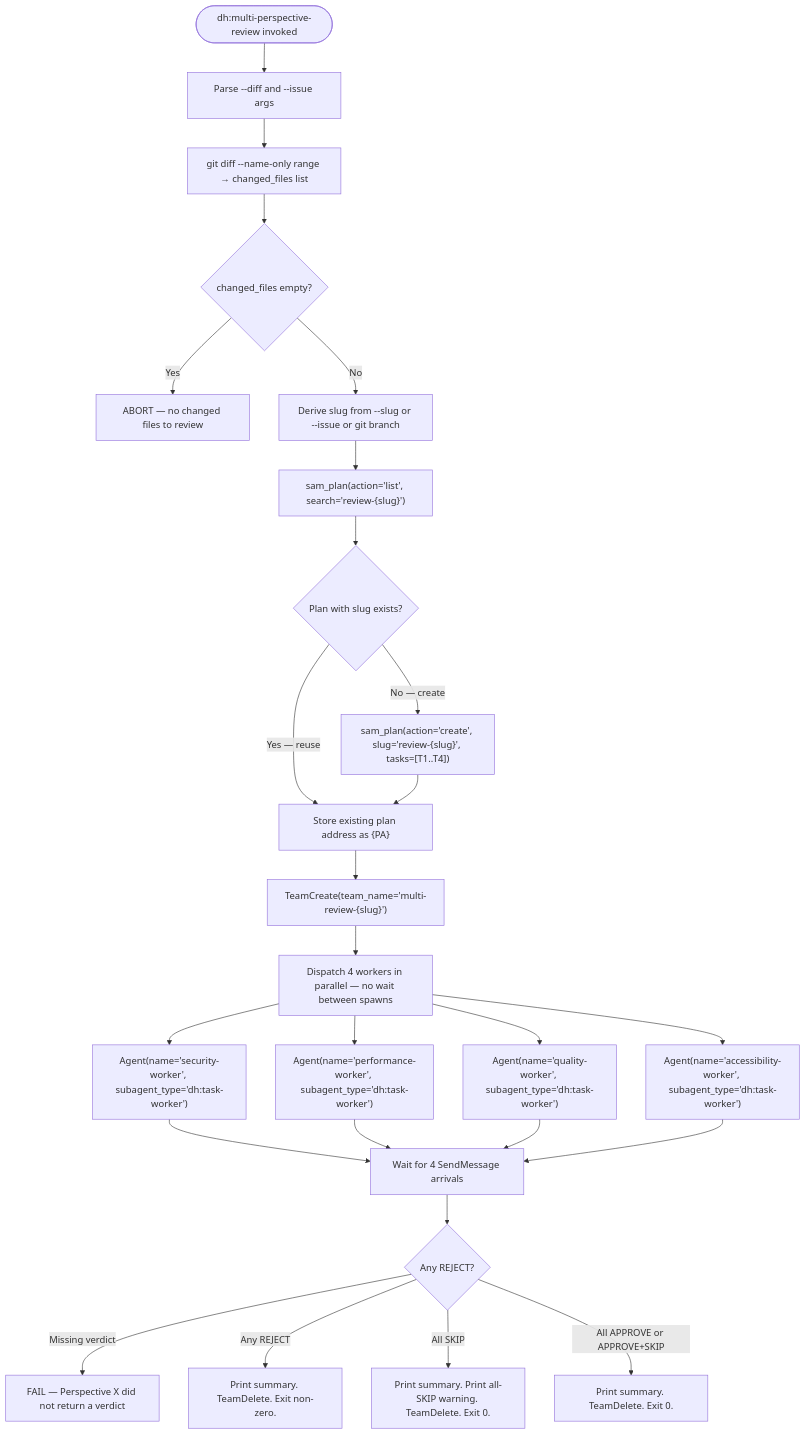
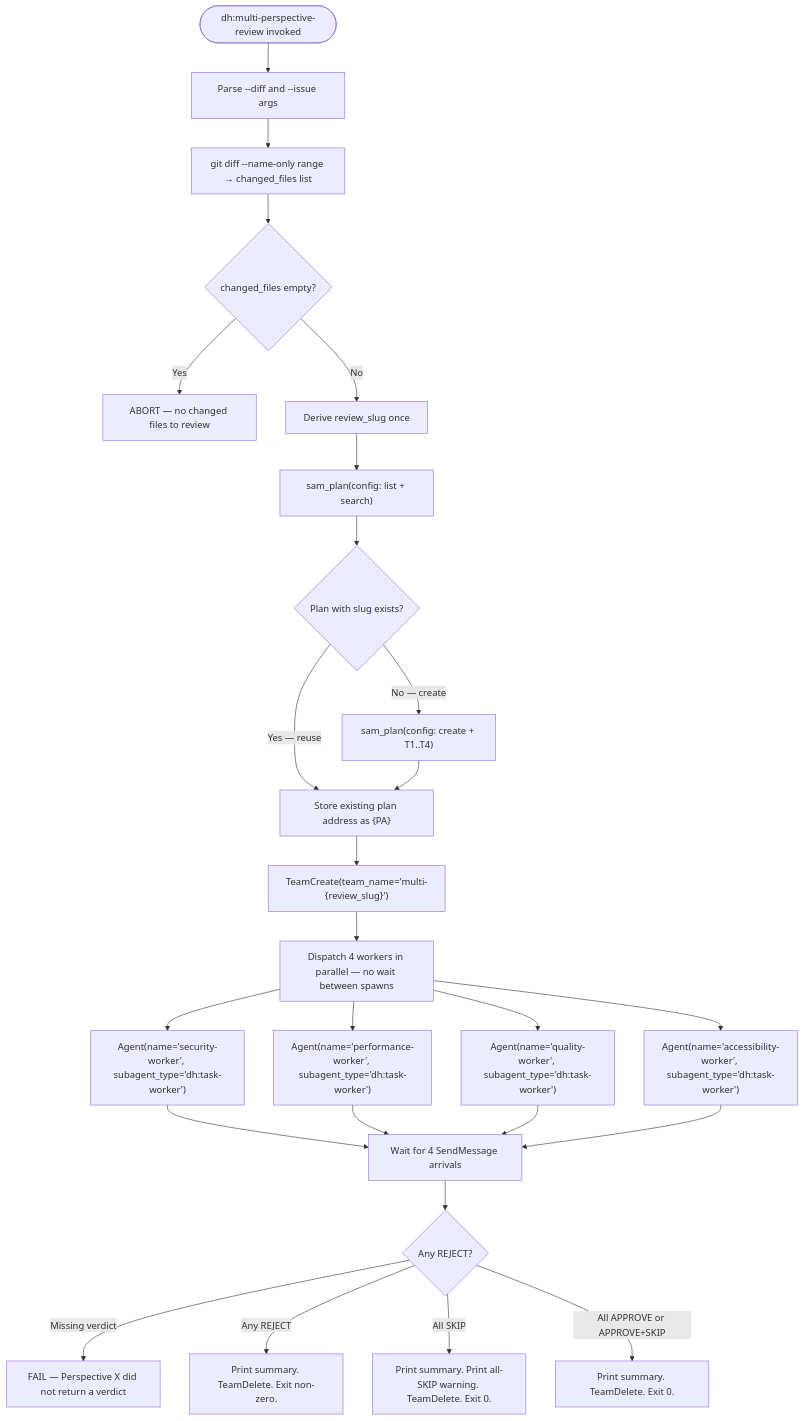
The diagram in plugins/development-harness/skills/multi-perspective-review/SKILL.md (Jamie-BitFlight/claude_skills), drawn with Mermaid before and after one commit. The commit also changed other lines of this file and 41 other files, not shown here.

````diff
--- a/plugins/development-harness/skills/multi-perspective-review/SKILL.md
+++ b/plugins/development-harness/skills/multi-perspective-review/SKILL.md
@@ -323,28 +311,28 @@
 ```mermaid
 flowchart TD
     Start([dh:multi-perspective-review invoked]) --> Parse[Parse --diff and --issue args]
     Parse --> Files["git diff --name-only range → changed_files list"]
     Files --> Empty{changed_files empty?}
     Empty -->|Yes| Abort[ABORT — no changed files to review]
-    Empty -->|No| Slug[Derive slug from --slug or --issue or git branch]
-    Slug --> CheckPlan["sam_plan(action='list', search='review-{slug}')"]
+    Empty -->|No| Slug[Derive review_slug once]
+    Slug --> CheckPlan["sam_plan(config: list + search)"]
     CheckPlan --> PlanExists{Plan with slug exists?}
     PlanExists -->|Yes — reuse| PlanAddr["Store existing plan address as {PA}"]
-    PlanExists -->|No — create| CreatePlan["sam_plan(action='create', slug='review-{slug}', tasks=[T1..T4])"]
+    PlanExists -->|No — create| CreatePlan["sam_plan(config: create + T1..T4)"]
     CreatePlan --> PlanAddr
-    PlanAddr --> Team["TeamCreate(team_name='multi-review-{slug}')"]
+    PlanAddr --> Team["TeamCreate(team_name='multi-{review_slug}')"]
     Team --> Parallel[Dispatch 4 workers in parallel — no wait between spawns]
     Parallel --> W1["Agent(name='security-worker', subagent_type='dh:task-worker')"]
     Parallel --> W2["Agent(name='performance-worker', subagent_type='dh:task-worker')"]
     Parallel --> W3["Agent(name='quality-worker', subagent_type='dh:task-worker')"]
     Parallel --> W4["Agent(name='accessibility-worker', subagent_type='dh:task-worker')"]
     W1 --> Collect[Wait for 4 SendMessage arrivals]
     W2 --> Collect
     W3 --> Collect
     W4 --> Collect
     Collect --> Gate{Any REJECT?}
     Gate -->|Missing verdict| Fail[FAIL — Perspective X did not return a verdict]
     Gate -->|Any REJECT| Fail2[Print summary. TeamDelete. Exit non-zero.]
     Gate -->|All SKIP| Warn[Print summary. Print all-SKIP warning. TeamDelete. Exit 0.]
     Gate -->|All APPROVE or APPROVE+SKIP| Pass[Print summary. TeamDelete. Exit 0.]
 ```
````
